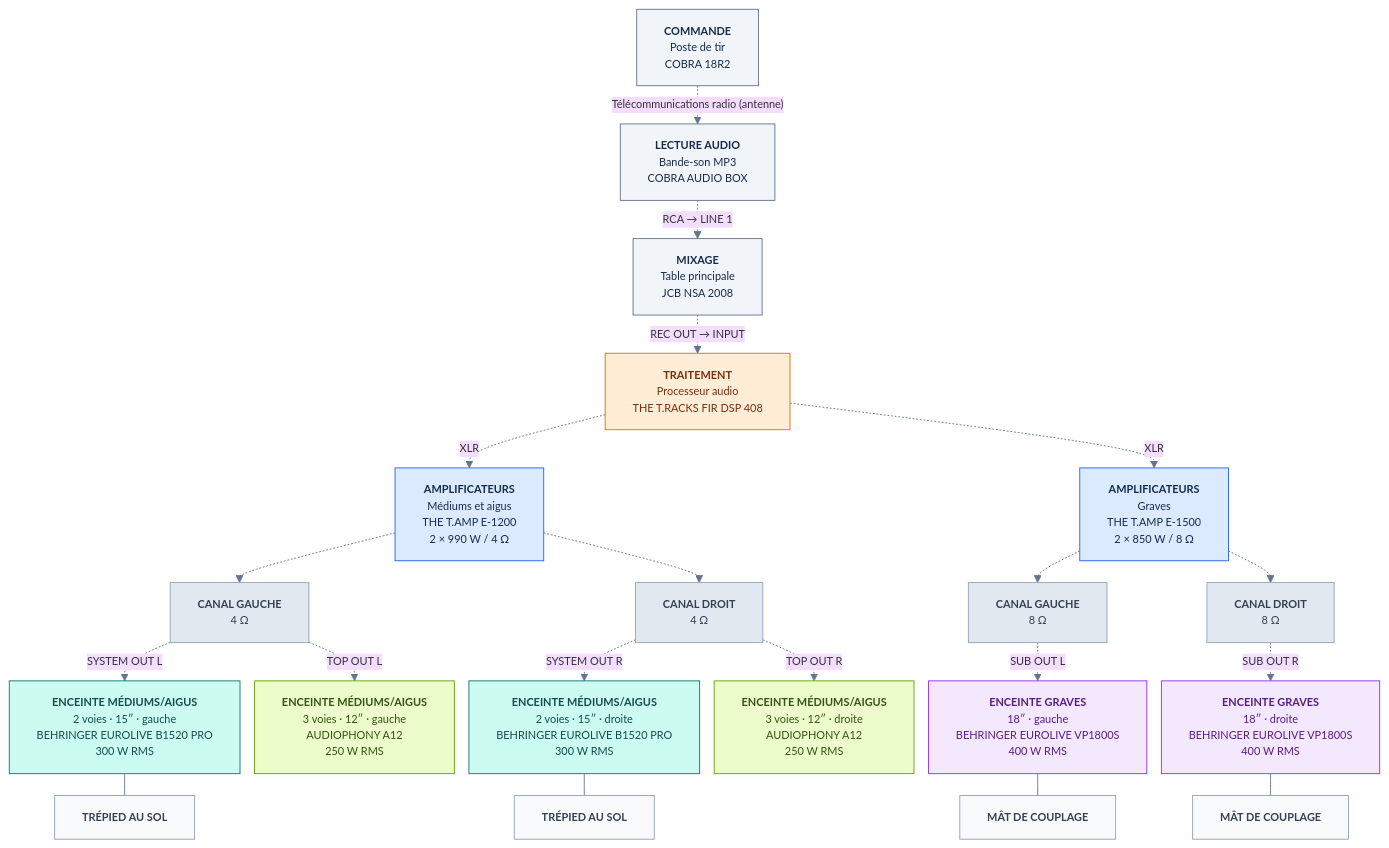
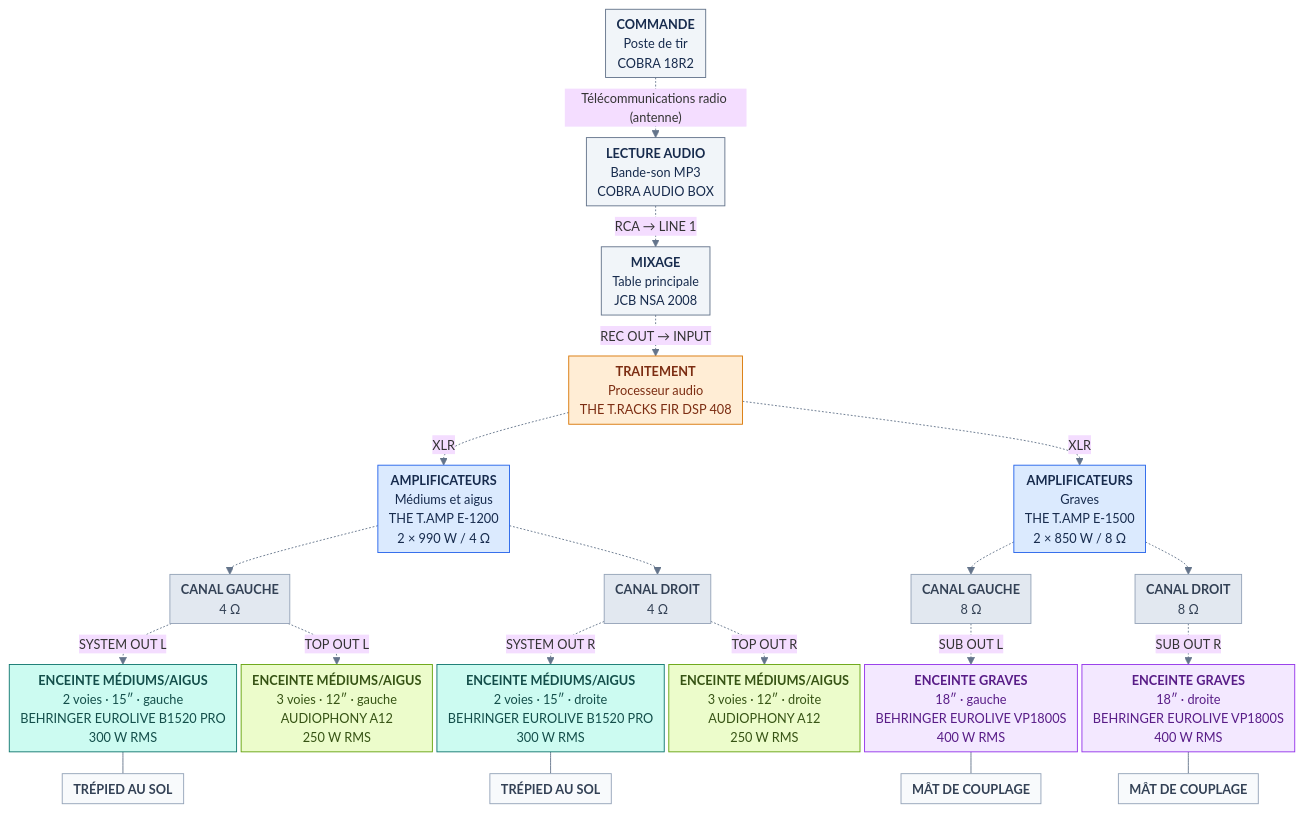
Before and after one commit to HAZIT-FR/PGE-SONO: the first of 2 diagrams in README.md, drawn with Mermaid. The commit also changed other lines of this file, not shown here.

Commit message:
docs: limiter A3 a 600px et agrandir le texte du premier Mermaid

```diff
--- a/README.md
+++ b/README.md
@@ -24,63 +24,63 @@
 ~~~mermaid
-%%{init: {"flowchart": {"useMaxWidth": true, "nodeSpacing": 16, "rankSpacing": 24, "htmlLabels": true, "wrappingWidth": 260}, "theme": "base", "themeVariables": {"fontSize": "12px", "lineColor": "#64748b"}}}%%
+%%{init: {"flowchart": {"useMaxWidth": true, "nodeSpacing": 5, "rankSpacing": 24, "padding": 6, "htmlLabels": true, "wrappingWidth": 260}, "theme": "base", "themeVariables": {"fontSize": "14px", "lineColor": "#64748b"}}}%%
 flowchart TB
   A["<b>COMMANDE</b><br/>Poste de tir<br/>COBRA 18R2"]
   B["<b>LECTURE AUDIO</b><br/>Bande-son MP3<br/>COBRA AUDIO BOX"]
   C["<b>MIXAGE</b><br/>Table principale<br/>JCB NSA 2008"]
   D["<b>TRAITEMENT</b><br/>Processeur audio<br/>THE T.RACKS FIR DSP 408"]
   E["<b>AMPLIFICATEURS</b><br/>Médiums et aigus<br/>THE T.AMP E-1200<br/>2 × 990 W / 4 Ω"]
   F["<b>AMPLIFICATEURS</b><br/>Graves<br/>THE T.AMP E-1500<br/>2 × 850 W / 8 Ω"]
   LG["<b>CANAL GAUCHE</b><br/>4 Ω"]
   LD["<b>CANAL DROIT</b><br/>4 Ω"]
   FG["<b>CANAL GAUCHE</b><br/>8 Ω"]
   FD["<b>CANAL DROIT</b><br/>8 Ω"]
   BG["<b>ENCEINTE MÉDIUMS/AIGUS</b><br/>2 voies · 15″ · gauche<br/>BEHRINGER EUROLIVE B1520 PRO<br/>300 W RMS"]
   BD["<b>ENCEINTE MÉDIUMS/AIGUS</b><br/>2 voies · 15″ · droite<br/>BEHRINGER EUROLIVE B1520 PRO<br/>300 W RMS"]
   AG["<b>ENCEINTE MÉDIUMS/AIGUS</b><br/>3 voies · 12″ · gauche<br/>AUDIOPHONY A12<br/>250 W RMS"]
   AD["<b>ENCEINTE MÉDIUMS/AIGUS</b><br/>3 voies · 12″ · droite<br/>AUDIOPHONY A12<br/>250 W RMS"]
   SG["<b>ENCEINTE GRAVES</b><br/>18″ · gauche<br/>BEHRINGER EUROLIVE VP1800S<br/>400 W RMS"]
   SD["<b>ENCEINTE GRAVES</b><br/>18″ · droite<br/>BEHRINGER EUROLIVE VP1800S<br/>400 W RMS"]
 
   TG["<b>TRÉPIED AU SOL</b>"]
   TD["<b>TRÉPIED AU SOL</b>"]
   MG["<b>MÂT DE COUPLAGE</b>"]
   MD["<b>MÂT DE COUPLAGE</b>"]
 
   A -. "Télécommunications radio (antenne)" .-> B
   B -. "RCA → LINE 1" .-> C
   C -. "REC OUT → INPUT" .-> D
   D -. "XLR" .-> E
   D -. "XLR" .-> F
   E -.-> LG
   E -.-> LD
   F -.-> FG
   F -.-> FD
   LG -. "SYSTEM OUT L" .-> BG
   LG -. "TOP OUT L" .-> AG
   LD -. "SYSTEM OUT R" .-> BD
   LD -. "TOP OUT R" .-> AD
   FG -. "SUB OUT L" .-> SG
   FD -. "SUB OUT R" .-> SD
 
   BG --- TG
   BD --- TD
   SG --- MG
   SD --- MD
 
   classDef commande fill:#f1f5f9,stroke:#64748b,color:#172b4d;
   classDef processeur fill:#ffedd5,stroke:#d97706,color:#7c2d12;
   classDef amplis fill:#dbeafe,stroke:#2563eb,color:#172b4d;
   classDef canaux fill:#e2e8f0,stroke:#94a3b8,color:#334155;
   classDef principales fill:#ccfbf1,stroke:#0f766e,color:#134e4a;
   classDef appoint fill:#ecfccb,stroke:#65a30d,color:#365314;
   classDef basses fill:#f3e8ff,stroke:#9333ea,color:#581c87;
   classDef support fill:#f8fafc,stroke:#94a3b8,color:#334155;
   class A,B,C commande;
   class D processeur;
   class E,F amplis;
   class LG,LD,FG,FD canaux;
   class BG,BD principales;
   class AG,AD appoint;
   class SG,SD basses;
   class TG,TD,MG,MD support;
 ~~~
```
